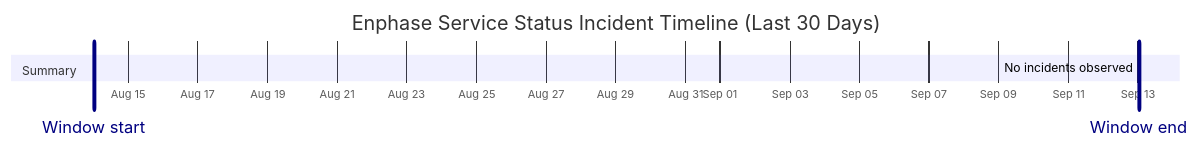
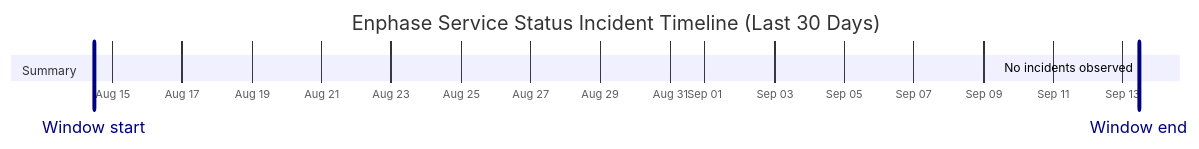
One commit to barneyonline/ha-enphase-energy changed the diagram in wiki/Service-Status-History.md. Above: the diagram before and after it, drawn with Mermaid. The commit also changed other lines of this file and 3 other files, not shown here.

````diff
--- a/wiki/Service-Status-History.md
+++ b/wiki/Service-Status-History.md
@@ -14,10 +14,10 @@
 ```mermaid
 gantt
     title Enphase Service Status Incident Timeline (Last 30 Days)
     dateFormat  YYYY-MM-DDTHH:mm:ss
     axisFormat  %b %d
-    Window start :vert, window-start, 2026-08-14T00:37:09, 0ms
-    Window end :vert, window-end, 2026-09-13T00:37:09, 0ms
+    Window start :vert, window-start, 2026-08-14T11:07:16, 0ms
+    Window end :vert, window-end, 2026-09-13T11:07:16, 0ms
     section Summary
-    No incidents observed :done, 2026-09-13T00:37:09, 1m
+    No incidents observed :done, 2026-09-13T11:07:16, 1m
 ```
````
